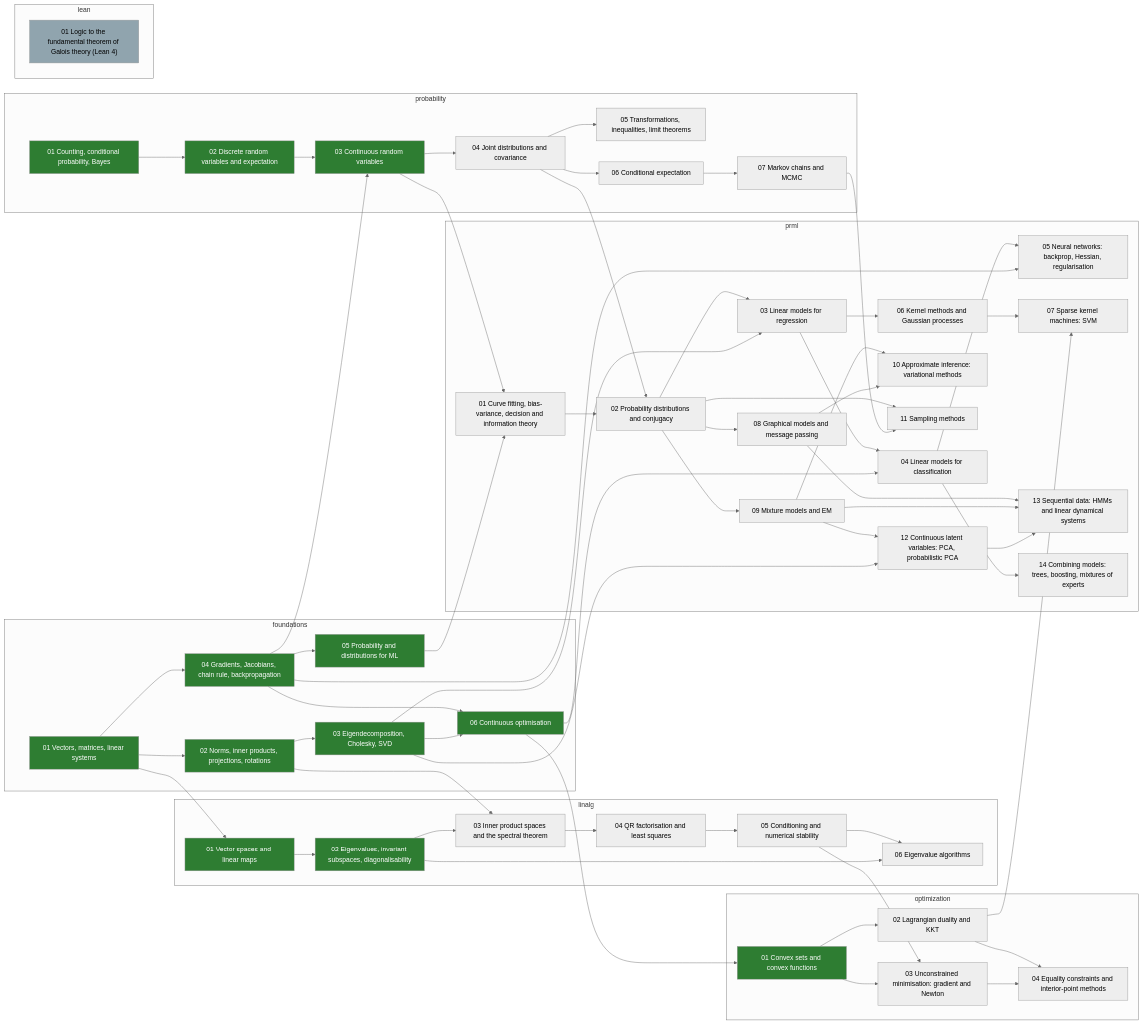
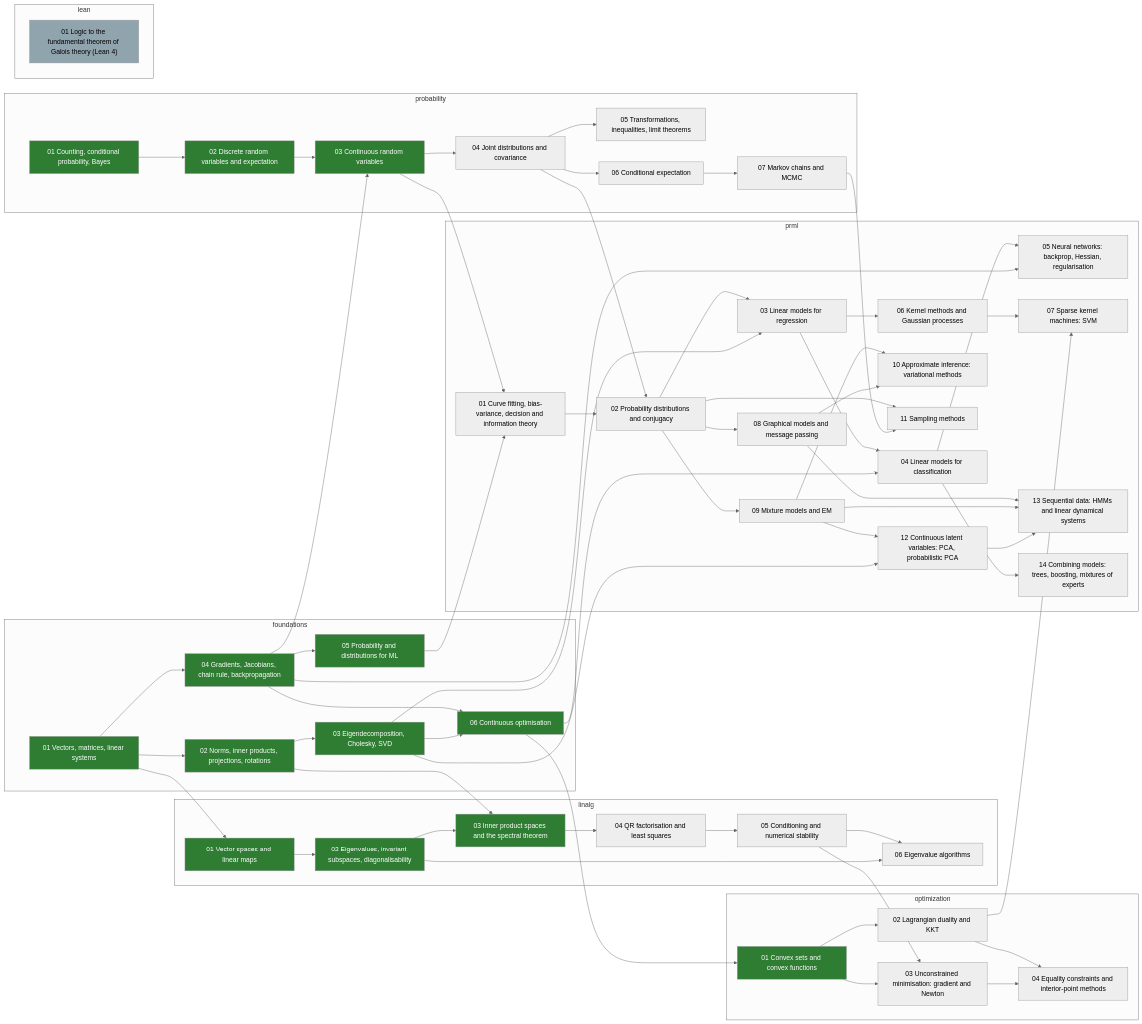
Before and after one commit to alektebel/learn-stuff-from-scratch: the diagram in skill-tree/README.md, drawn with Mermaid (neutral theme). The commit also changed other lines of this file and 8 other files, not shown here.

First line of the commit message:
math: build linalg-03-spectral-theorem

```diff
--- a/skill-tree/README.md
+++ b/skill-tree/README.md
@@ -80,7 +80,7 @@
   subgraph linalg
     linalg-01-vector-spaces["01 Vector spaces and linear maps"]:::done
     linalg-02-eigenvalues["02 Eigenvalues, invariant subspaces, diagonalisability"]:::done
-    linalg-03-spectral-theorem["03 Inner product spaces and the spectral theorem"]
+    linalg-03-spectral-theorem["03 Inner product spaces and the spectral theorem"]:::done
     linalg-04-qr-least-squares["04 QR factorisation and least squares"]
     linalg-05-conditioning-stability["05 Conditioning and numerical stability"]
     linalg-06-eigenvalue-algorithms["06 Eigenvalue algorithms"]
```
